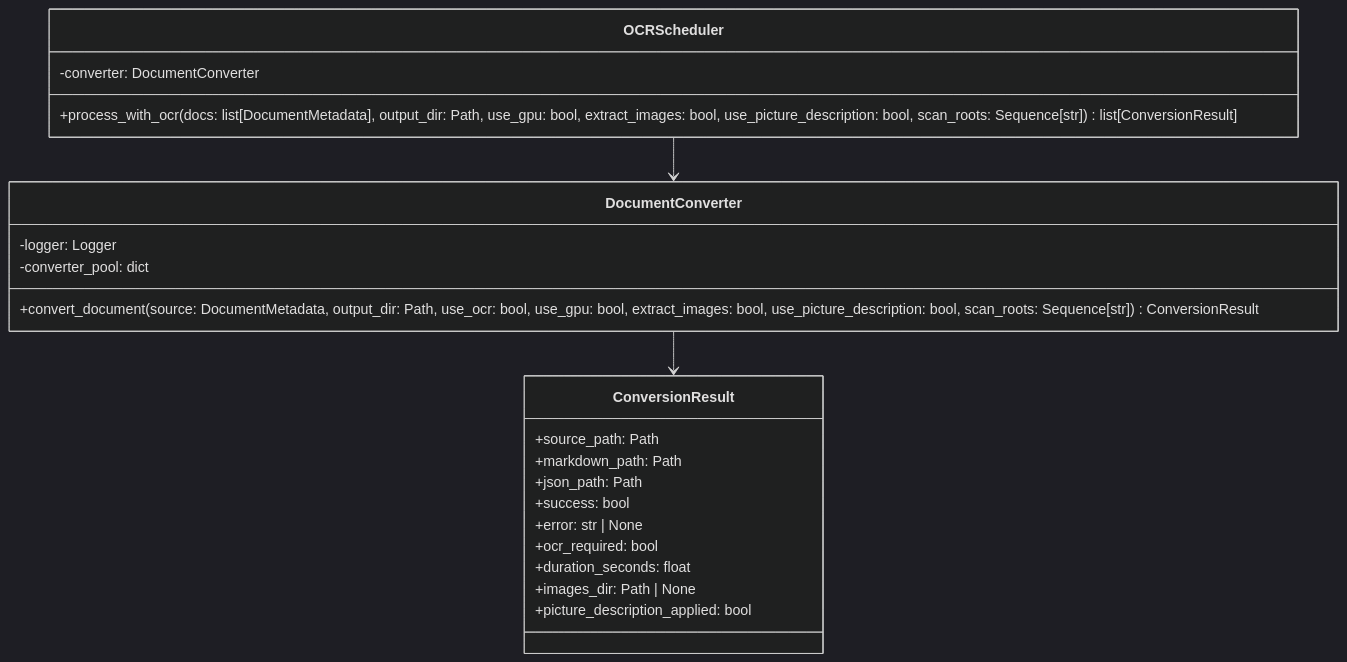
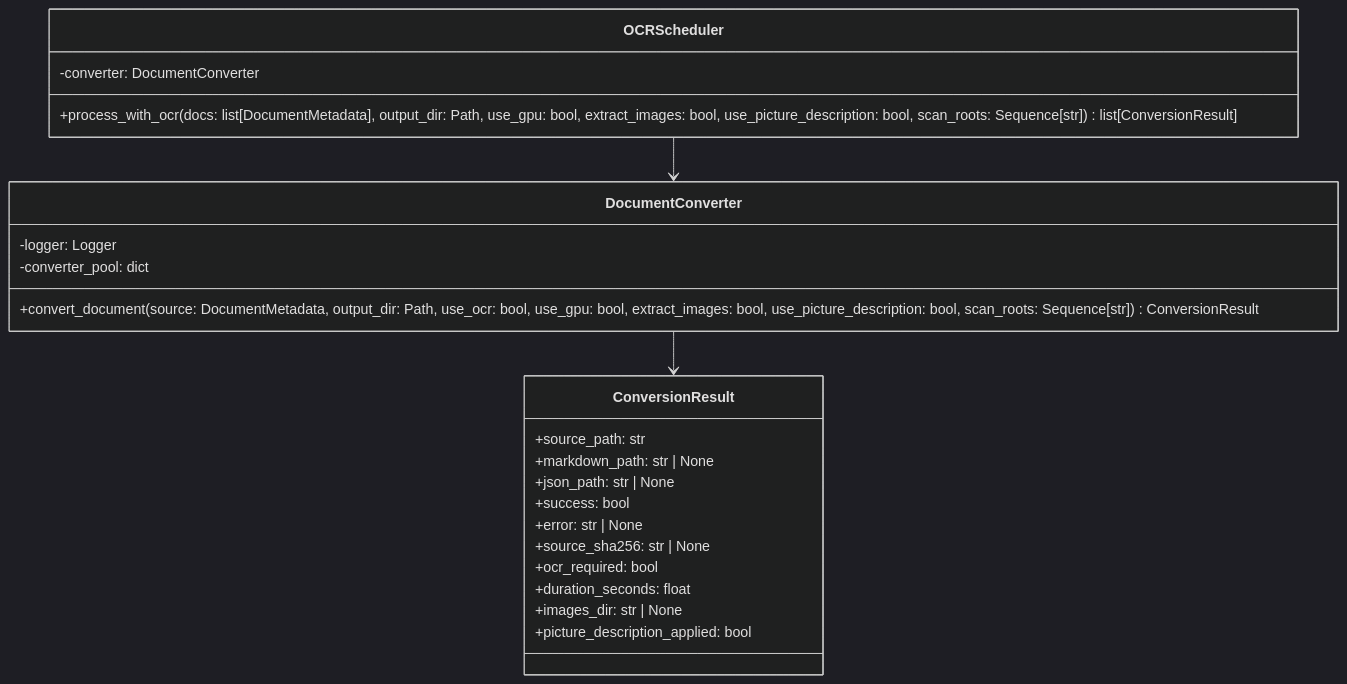
Before and after one commit to fmanza/doc_organize: the diagram in docs/api/converter.md, drawn with Mermaid (dark theme). The commit also changed other lines of this file and 57 other files, not shown here.

````diff
--- a/docs/api/converter.md
+++ b/docs/api/converter.md
@@ -7,28 +7,29 @@
 ```mermaid
 classDiagram
     class DocumentConverter {
         -logger: Logger
         -converter_pool: dict
         +convert_document(source: DocumentMetadata, output_dir: Path, use_ocr: bool, use_gpu: bool, extract_images: bool, use_picture_description: bool, scan_roots: Sequence[str]) ConversionResult
     }
     
     class OCRScheduler {
         -converter: DocumentConverter
         +process_with_ocr(docs: list[DocumentMetadata], output_dir: Path, use_gpu: bool, extract_images: bool, use_picture_description: bool, scan_roots: Sequence[str]) list[ConversionResult]
     }
     
     class ConversionResult {
-        +source_path: Path
-        +markdown_path: Path
-        +json_path: Path
+        +source_path: str
+        +markdown_path: str | None
+        +json_path: str | None
         +success: bool
         +error: str | None
+        +source_sha256: str | None
         +ocr_required: bool
         +duration_seconds: float
-        +images_dir: Path | None
+        +images_dir: str | None
         +picture_description_applied: bool
     }
     
     DocumentConverter --> ConversionResult
     OCRScheduler --> DocumentConverter
 ```
````
